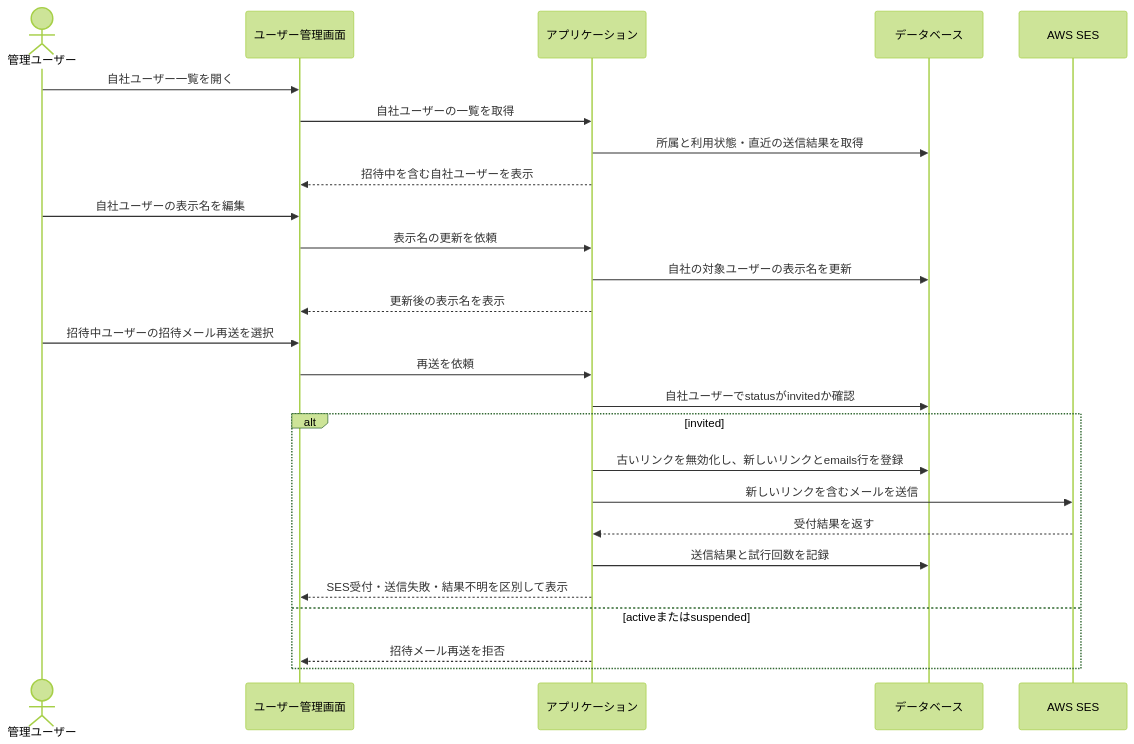
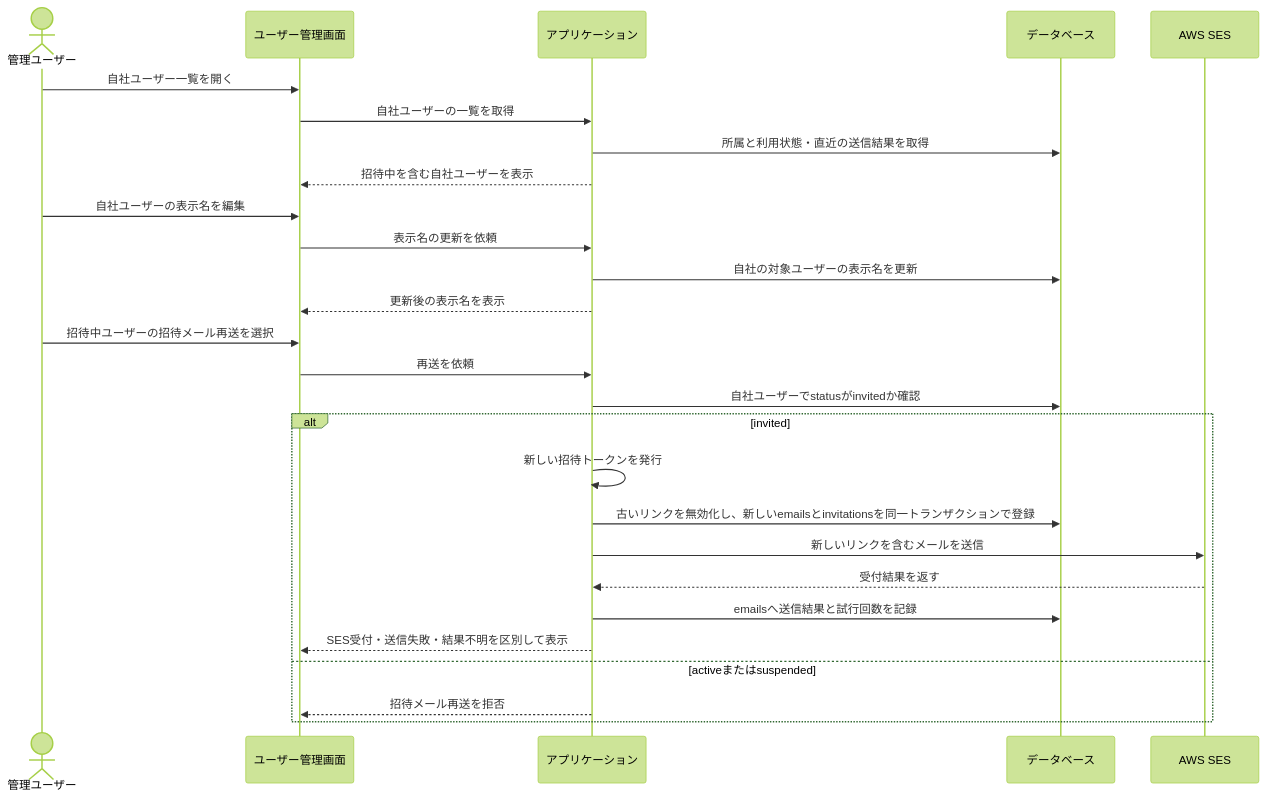
One commit to nishimura-yuma77/hiromeru changed the seventh of 8 diagrams in docs/v.0.1/USECASE.md. Above: the diagram before and after it, drawn with Mermaid (forest theme). The commit also changed other lines of this file and 5 other files, not shown here.

````diff
--- a/docs/v.0.1/USECASE.md
+++ b/docs/v.0.1/USECASE.md
@@ -487,29 +491,30 @@
 ```mermaid
 sequenceDiagram
     actor Admin as 管理ユーザー
     participant UI as ユーザー管理画面
     participant App as アプリケーション
     participant DB as データベース
     participant SES as AWS SES
 
     Admin->>UI: 自社ユーザー一覧を開く
     UI->>App: 自社ユーザーの一覧を取得
     App->>DB: 所属と利用状態・直近の送信結果を取得
     App-->>UI: 招待中を含む自社ユーザーを表示
     Admin->>UI: 自社ユーザーの表示名を編集
     UI->>App: 表示名の更新を依頼
     App->>DB: 自社の対象ユーザーの表示名を更新
     App-->>UI: 更新後の表示名を表示
     Admin->>UI: 招待中ユーザーの招待メール再送を選択
     UI->>App: 再送を依頼
     App->>DB: 自社ユーザーでstatusがinvitedか確認
     alt invited
-        App->>DB: 古いリンクを無効化し、新しいリンクとemails行を登録
+        App->>App: 新しい招待トークンを発行
+        App->>DB: 古いリンクを無効化し、新しいemailsとinvitationsを同一トランザクションで登録
         App->>SES: 新しいリンクを含むメールを送信
         SES-->>App: 受付結果を返す
-        App->>DB: 送信結果と試行回数を記録
+        App->>DB: emailsへ送信結果と試行回数を記録
         App-->>UI: SES受付・送信失敗・結果不明を区別して表示
     else activeまたはsuspended
         App-->>UI: 招待メール再送を拒否
     end
 ```
````
